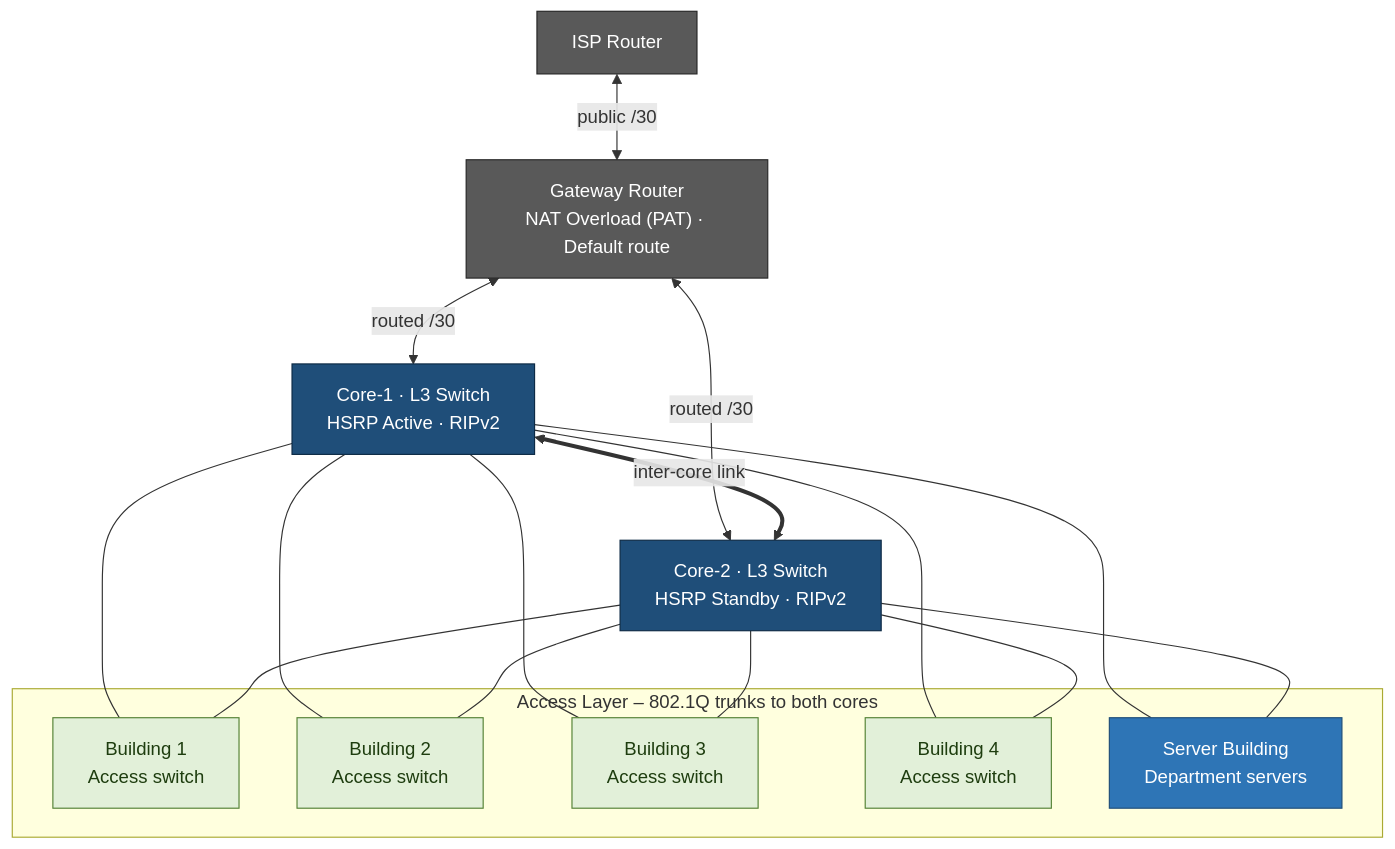
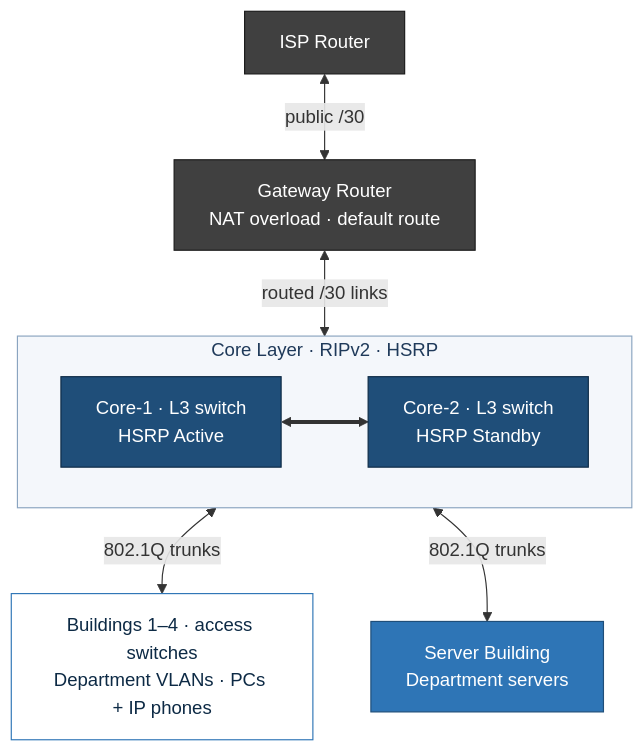
The diagram in Network-Technologies-Labs/01-campus-vlan-hsrp-nat/README.md (arion-zone/IT-Support-Labs), drawn with Mermaid before and after one commit. The commit also changed 4 other files, not shown here.

Commit message:
Polish architecture diagrams: compact layouts and consistent styling

````diff
--- a/Network-Technologies-Labs/01-campus-vlan-hsrp-nat/README.md
+++ b/Network-Technologies-Labs/01-campus-vlan-hsrp-nat/README.md
@@ -16,28 +16,26 @@
 ```mermaid
 flowchart TB
     ISP["ISP Router"]:::edge
-    GW["Gateway Router<br/>NAT Overload (PAT) · Default route"]:::edge
-    C1["Core-1 · L3 Switch<br/>HSRP Active · RIPv2"]:::dc
-    C2["Core-2 · L3 Switch<br/>HSRP Standby · RIPv2"]:::dc
+    GW["Gateway Router<br/>NAT overload · default route"]:::edge
+    subgraph CORE["Core Layer · RIPv2 · HSRP"]
+        direction LR
+        C1["Core-1 · L3 switch<br/>HSRP Active"]:::dc
+        C2["Core-2 · L3 switch<br/>HSRP Standby"]:::dc
+        C1 <==> C2
+    end
+    BLD["Buildings 1–4 · access switches<br/>Department VLANs · PCs + IP phones"]:::client
+    SRV["Server Building<br/>Department servers"]:::srv
     ISP <-- "public /30" --> GW
-    GW <-- "routed /30" --> C1
-    GW <-- "routed /30" --> C2
-    C1 <== "inter-core link" ==> C2
-
-    subgraph CAMPUS["Access Layer – 802.1Q trunks to both cores"]
-        B1["Building 1<br/>Access switch"]:::net
-        B2["Building 2<br/>Access switch"]:::net
-        B3["Building 3<br/>Access switch"]:::net
-        B4["Building 4<br/>Access switch"]:::net
-        SRV["Server Building<br/>Department servers"]:::srv
-    end
-    C1 --- B1 & B2 & B3 & B4 & SRV
-    C2 --- B1 & B2 & B3 & B4 & SRV
+    GW <-- "routed /30 links" --> CORE
+    CORE <-- "802.1Q trunks" --> BLD
+    CORE <-- "802.1Q trunks" --> SRV
+    class CORE zone
     classDef dc fill:#1f4e79,stroke:#0d2a45,color:#ffffff
     classDef srv fill:#2e75b6,stroke:#1f4e79,color:#ffffff
-    classDef client fill:#deebf7,stroke:#2e75b6,color:#0d2a45
-    classDef ro fill:#7f6000,stroke:#4d3a00,color:#ffffff
-    classDef net fill:#e2f0d9,stroke:#548235,color:#1e3d0f
-    classDef edge fill:#595959,stroke:#262626,color:#ffffff
-    classDef policy fill:#fff2cc,stroke:#bf9000,color:#4d3a00
+    classDef client fill:#ffffff,stroke:#2e75b6,color:#0d2a45
+    classDef ro fill:#8c6d1f,stroke:#5c4712,color:#ffffff
+    classDef data fill:#ffffff,stroke:#548235,color:#1e3d0f
+    classDef edge fill:#404040,stroke:#1a1a1a,color:#ffffff
+    classDef policy fill:#fff4d6,stroke:#bf9000,color:#4d3a00
+    classDef zone fill:#f4f7fb,stroke:#8aa4c0,color:#1f3a5a
 ```
````
